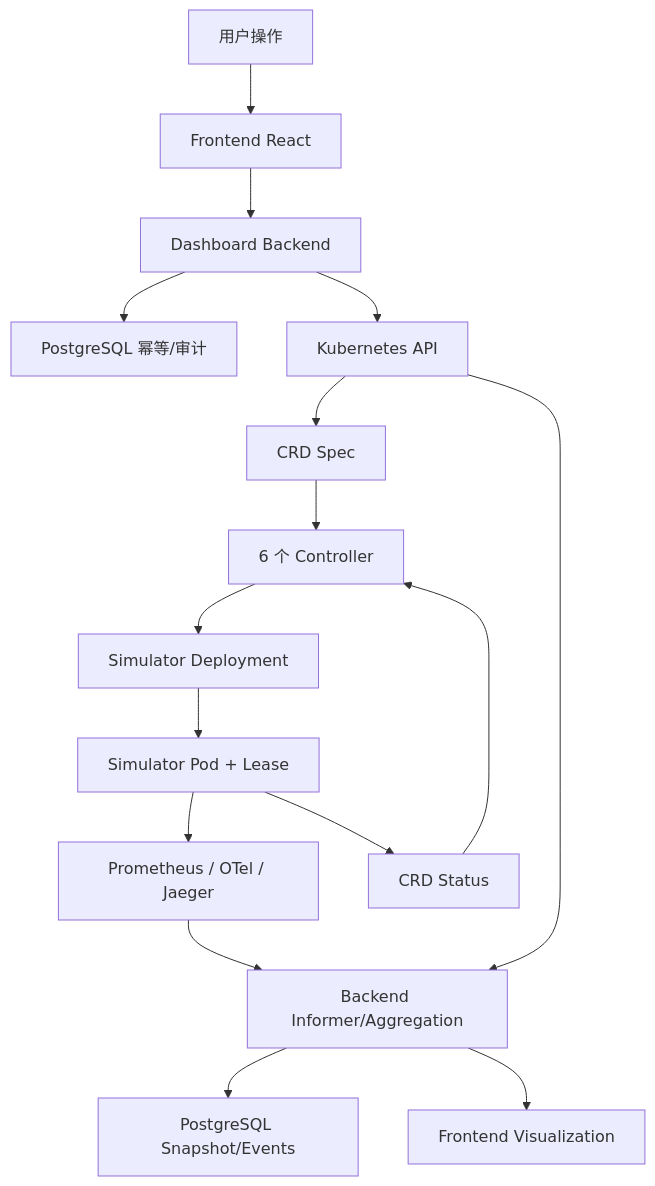
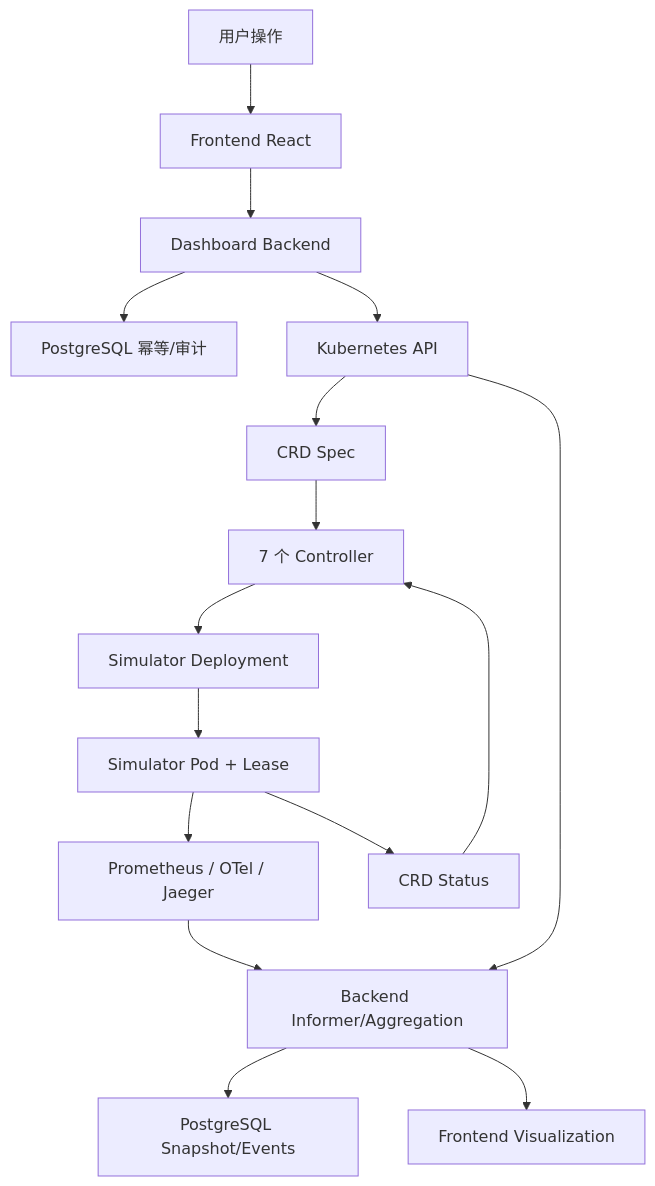
One commit to 3900563672/hello-k8s-ai changed the first of 4 diagrams in docs/data-flow/END_TO_END_DATA_FLOW.md. Above: the diagram before and after it, drawn with Mermaid. The commit also changed other lines of this file and 86 other files, not shown here.

````diff
--- a/docs/data-flow/END_TO_END_DATA_FLOW.md
+++ b/docs/data-flow/END_TO_END_DATA_FLOW.md
@@ -5,18 +5,18 @@
 ```mermaid
 flowchart TB
   U["用户操作"] --> F["Frontend React"]
   F --> B["Dashboard Backend"]
   B --> DB1["PostgreSQL 幂等/审计"]
   B --> K["Kubernetes API"]
   K --> CR["CRD Spec"]
-  CR --> C["6 个 Controller"]
+  CR --> C["7 个 Controller"]
   C --> DEP["Simulator Deployment"]
   DEP --> POD["Simulator Pod + Lease"]
   POD --> OBS["Prometheus / OTel / Jaeger"]
   POD --> ST["CRD Status"]
   ST --> C
   K --> BA["Backend Informer/Aggregation"]
   OBS --> BA
   BA --> DB2["PostgreSQL Snapshot/Events"]
   BA --> F2["Frontend Visualization"]
 ```
````
